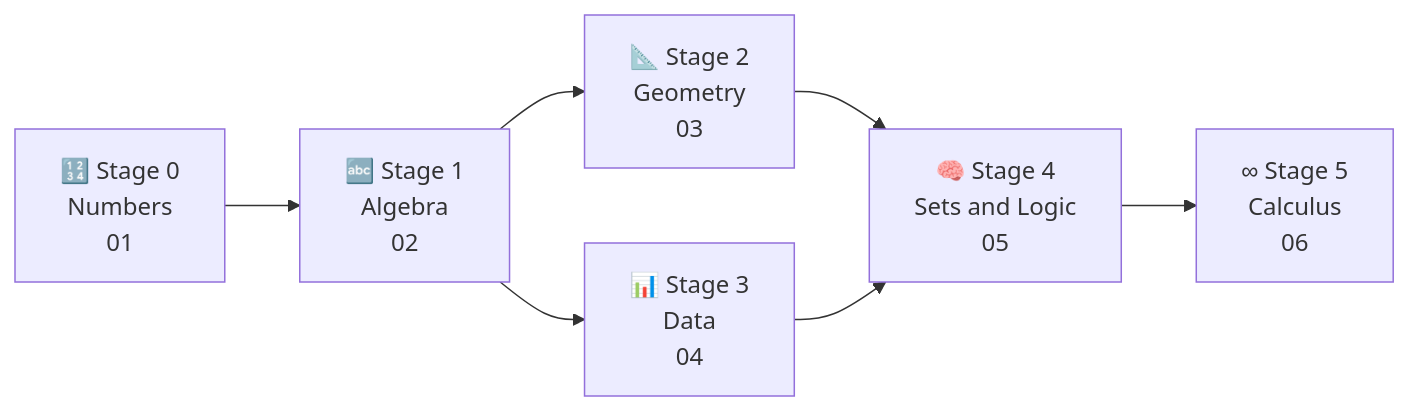
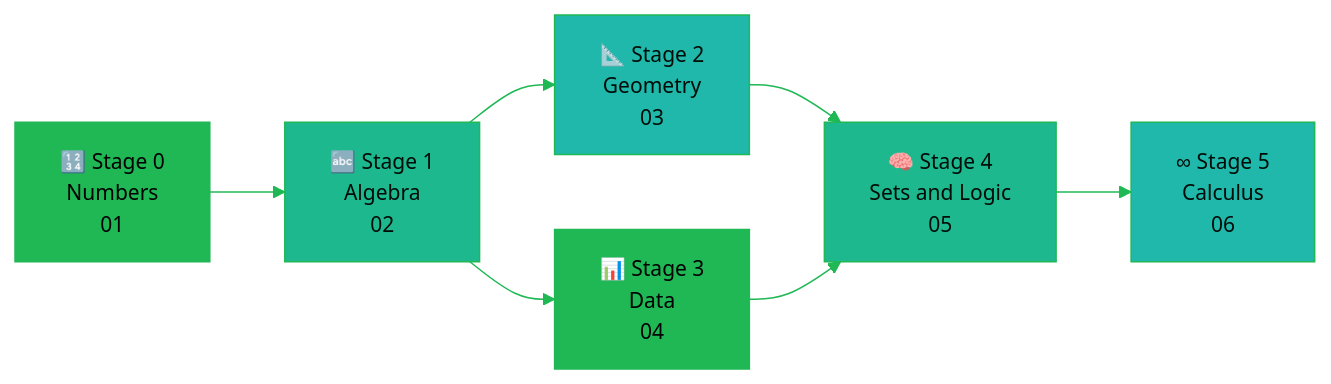
Before and after one commit to oat431/general-knowledge: the second of 2 diagrams in Mathematics/Cheat_Sheet/07_Roadmap.md, drawn with Mermaid. The commit also changed other lines of this file and 50 other files, not shown here.

````diff
--- a/Mathematics/Cheat_Sheet/07_Roadmap.md
+++ b/Mathematics/Cheat_Sheet/07_Roadmap.md
@@ -143,23 +144,24 @@
 ```mermaid
+%%{init: {'theme':'base','themeVariables':{'primaryColor':'#19362D','primaryTextColor':'#CDD3D1','primaryBorderColor':'#1FB854','lineColor':'#1FB854','background':'#1B1717','mainBkg':'#19362D','clusterBkg':'#161212','edgeLabelBackground':'#161212','titleColor':'#1FB854','fontSize':'14px'}}}%%
 flowchart LR
     Z["🔢 Stage 0<br/>Numbers<br/>01"] --> L["🔤 Stage 1<br/>Algebra<br/>02"]
     L --> S["📐 Stage 2<br/>Geometry<br/>03"]
     L --> D["📊 Stage 3<br/>Data<br/>04"]
     S --> R["🧠 Stage 4<br/>Sets and Logic<br/>05"]
     D --> R
     R --> C["∞ Stage 5<br/>Calculus<br/>06"]
 
     click Z "[[01_Numbers_and_Arithmetic]]"
     click L "[[02_Algebra_and_Functions]]"
     click S "[[03_Geometry_and_Measurement]]"
     click D "[[04_Data_Probability_and_Statistics]]"
     click R "[[05_Sets_Logic_and_Processes]]"
     click C "[[06_Calculus]]"
 
-    style Z fill:#1FB854#000000
-    style L fill:#1EB88E#000C07
-    style S fill:#1FB8AB#010C0B
-    style D fill:#1FB854#000000
-    style R fill:#1EB88E#000C07
-    style C fill:#1FB8AB#010C0B
+    style Z fill:#1FB854,color:#000000
+    style L fill:#1EB88E,color:#000C07
+    style S fill:#1FB8AB,color:#000C07
+    style D fill:#1FB854,color:#000000
+    style R fill:#1EB88E,color:#000C07
+    style C fill:#1FB8AB,color:#000C07
 ```
````
